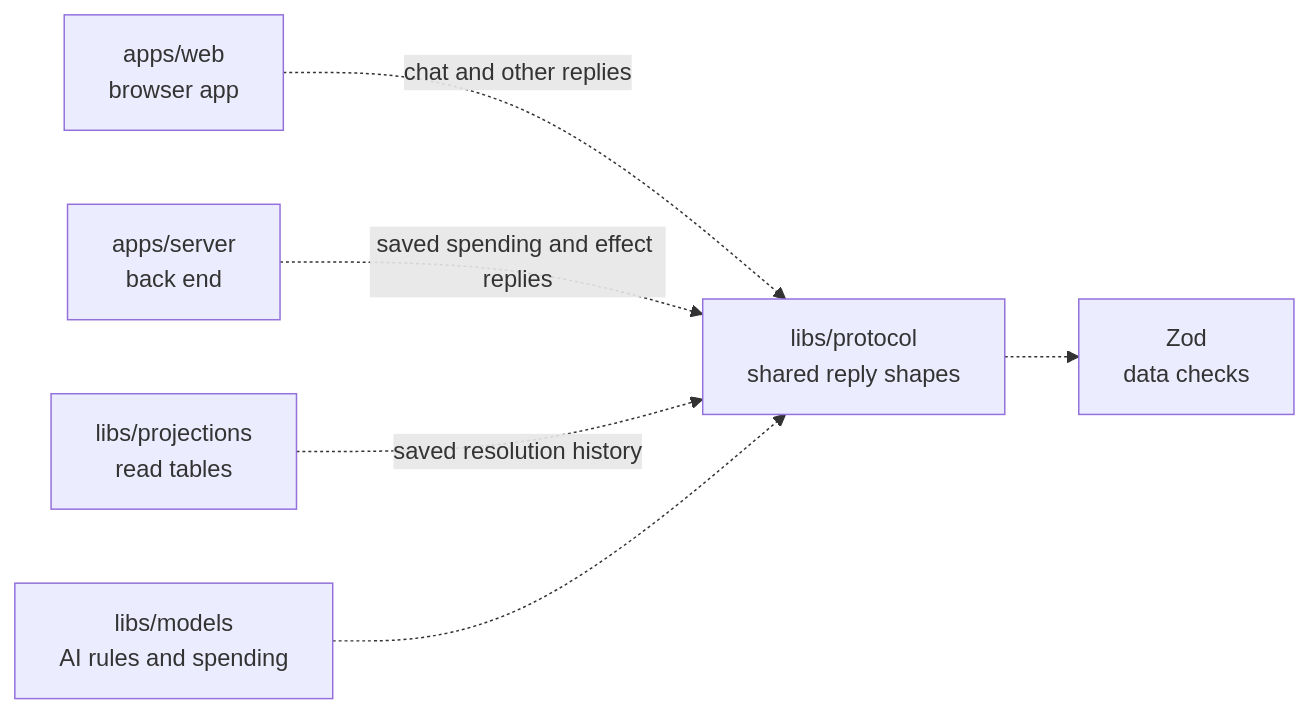
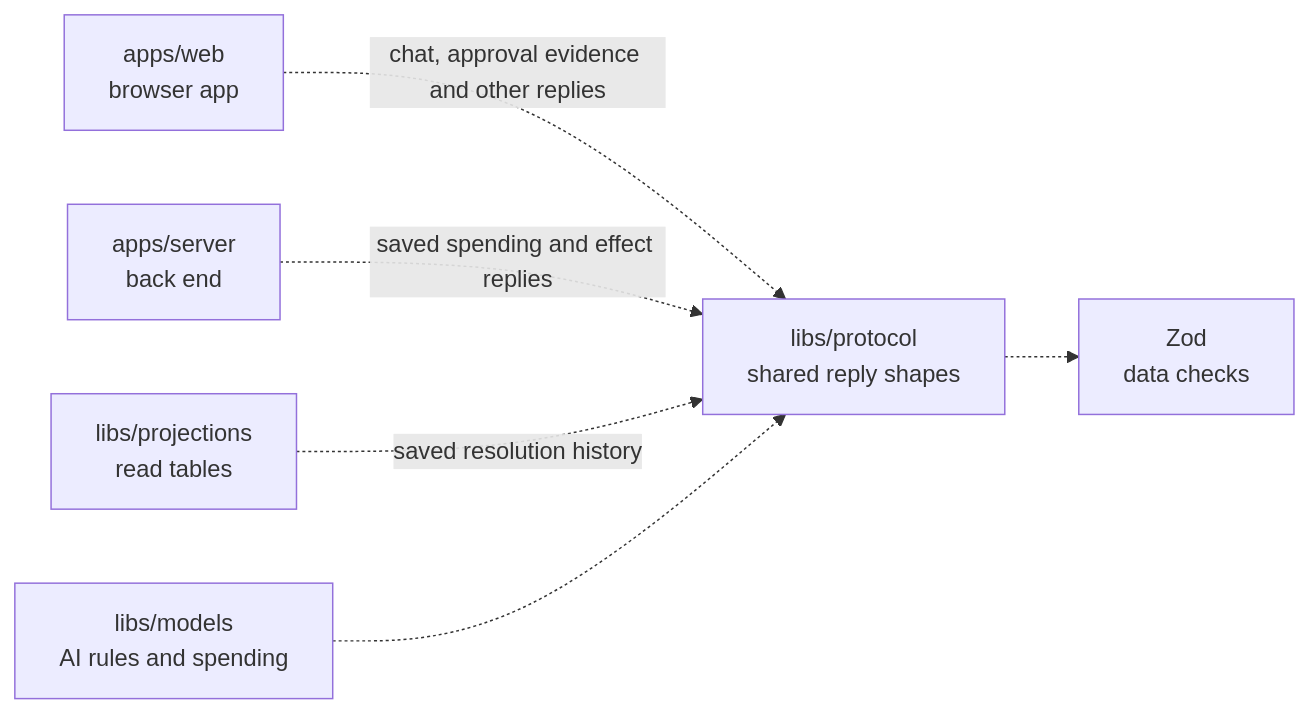
Before and after one commit to elewa-git/opencrane-new: the diagram in libs/protocol/README.md, drawn with Mermaid. The commit also changed other lines of this file and 27 other files, not shown here.

First line of the commit message:
🛠️ Fix tool reply labels and local approval checks

````diff
--- a/libs/protocol/README.md
+++ b/libs/protocol/README.md
@@ -28,8 +29,8 @@
 ```mermaid
 flowchart LR
-  web["apps/web<br/>browser app"] -.->|chat and other replies| protocol["libs/protocol<br/>shared reply shapes"]
+  web["apps/web<br/>browser app"] -.->|chat, approval evidence and other replies| protocol["libs/protocol<br/>shared reply shapes"]
   server["apps/server<br/>back end"] -.->|saved spending and effect replies| protocol
   projections["libs/projections<br/>read tables"] -.->|saved resolution history| protocol
   models["libs/models<br/>AI rules and spending"] -.-> protocol
   protocol -.-> zod["Zod<br/>data checks"]
 ```
````
